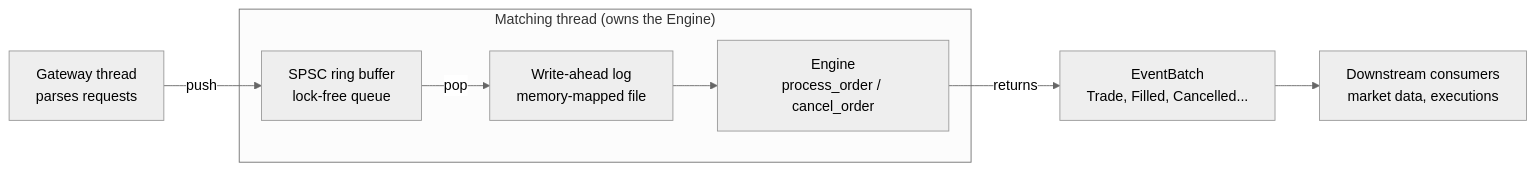
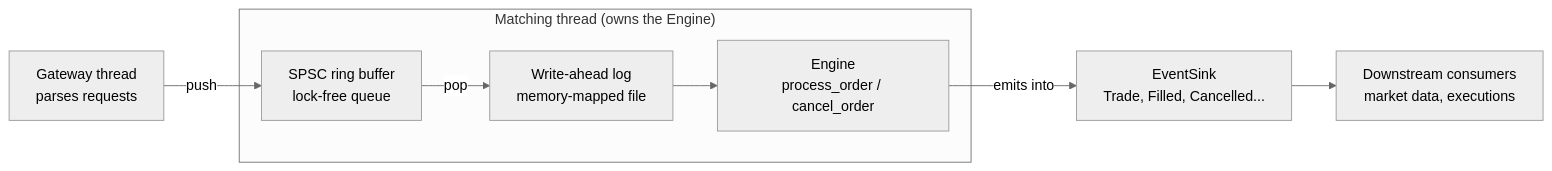
Before and after one commit to daohainam/rust-matching-engine: the first of 2 diagrams in README.md, drawn with Mermaid (neutral theme). The commit also changed other lines of this file and 1 other file, not shown here.

````diff
--- a/README.md
+++ b/README.md
@@ -64,10 +84,10 @@
 ```mermaid
 flowchart LR
     G["Gateway thread<br/>parses requests"] -->|push| RB["SPSC ring buffer<br/>lock-free queue"]
     subgraph M["Matching thread (owns the Engine)"]
         RB -->|pop| W["Write-ahead log<br/>memory-mapped file"]
         W --> E["Engine<br/>process_order / cancel_order"]
     end
-    E -->|returns| EV["EventBatch<br/>Trade, Filled, Cancelled..."]
+    E -->|emits into| EV["EventSink<br/>Trade, Filled, Cancelled..."]
     EV --> D["Downstream consumers<br/>market data, executions"]
 ```
````
